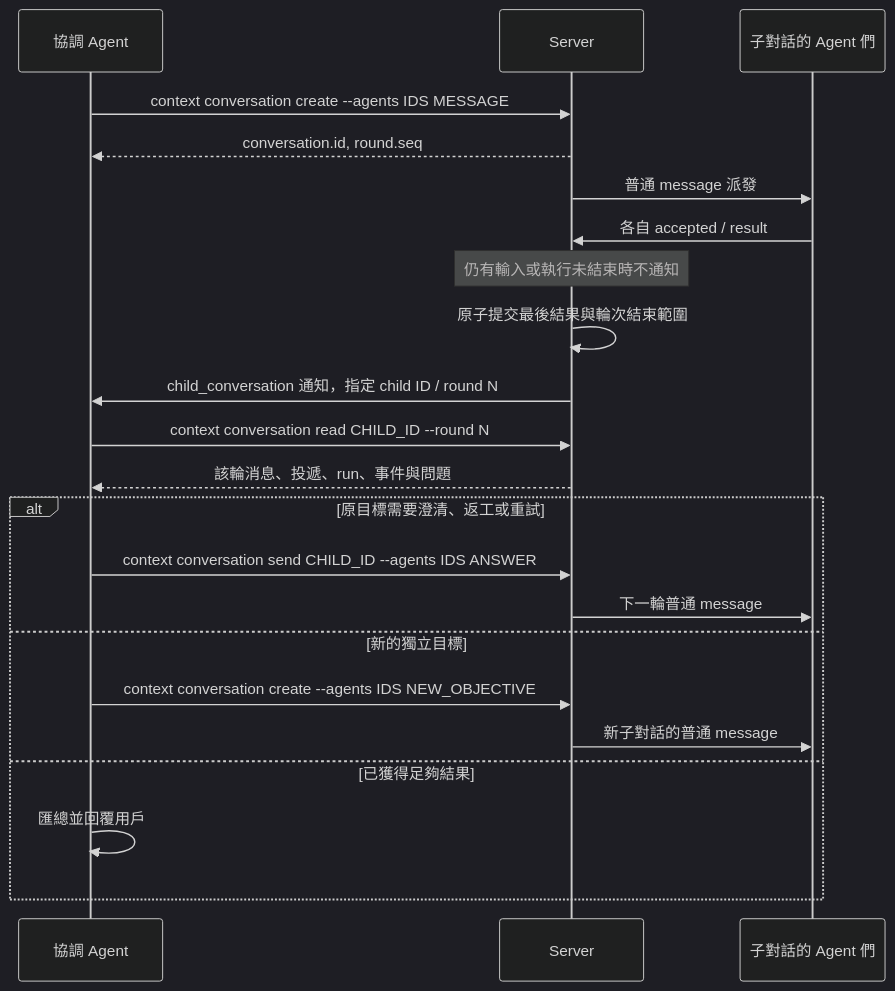
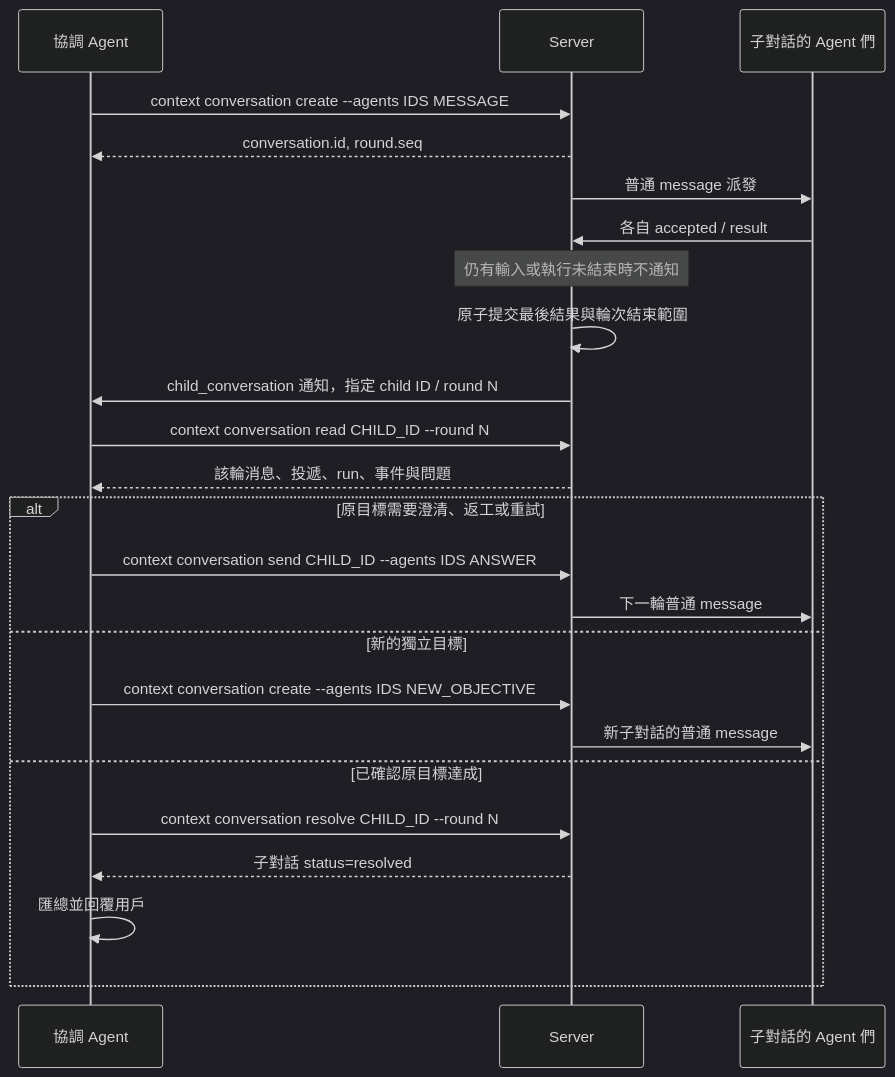
One commit to memory-co/agentuse changed the diagram in designs/v3/server-conversation-nest.md. Above: the diagram before and after it, drawn with Mermaid (dark theme). The commit also changed other lines of this file and 17 other files, not shown here.

Commit message:
Let coordinators resolve reviewed child conversations

````diff
--- a/designs/v3/server-conversation-nest.md
+++ b/designs/v3/server-conversation-nest.md
@@ -11,24 +11,26 @@
 ```mermaid
 sequenceDiagram
     participant P as 協調 Agent
     participant S as Server
     participant C as 子對話的 Agent 們
     P->>S: context conversation create --agents IDS MESSAGE
     S-->>P: conversation.id, round.seq
     S->>C: 普通 message 派發
     C->>S: 各自 accepted / result
     Note over S: 仍有輸入或執行未結束時不通知
     S->>S: 原子提交最後結果與輪次結束範圍
     S->>P: child_conversation 通知，指定 child ID / round N
     P->>S: context conversation read CHILD_ID --round N
     S-->>P: 該輪消息、投遞、run、事件與問題
     alt 原目標需要澄清、返工或重試
         P->>S: context conversation send CHILD_ID --agents IDS ANSWER
         S->>C: 下一輪普通 message
     else 新的獨立目標
         P->>S: context conversation create --agents IDS NEW_OBJECTIVE
         S->>C: 新子對話的普通 message
-    else 已獲得足夠結果
+    else 已確認原目標達成
+        P->>S: context conversation resolve CHILD_ID --round N
+        S-->>P: 子對話 status=resolved
         P->>P: 匯總並回覆用戶
     end
 ```
````
